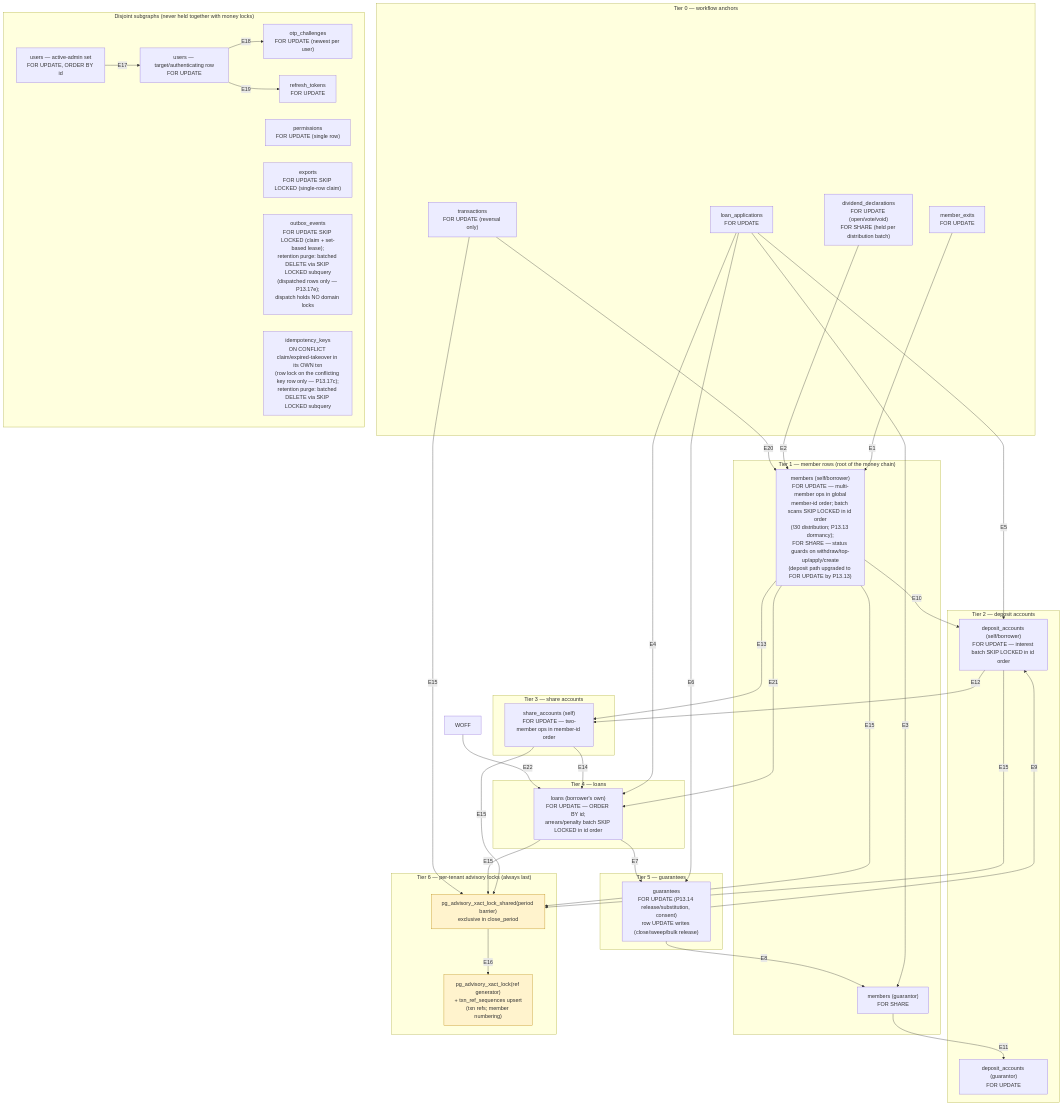
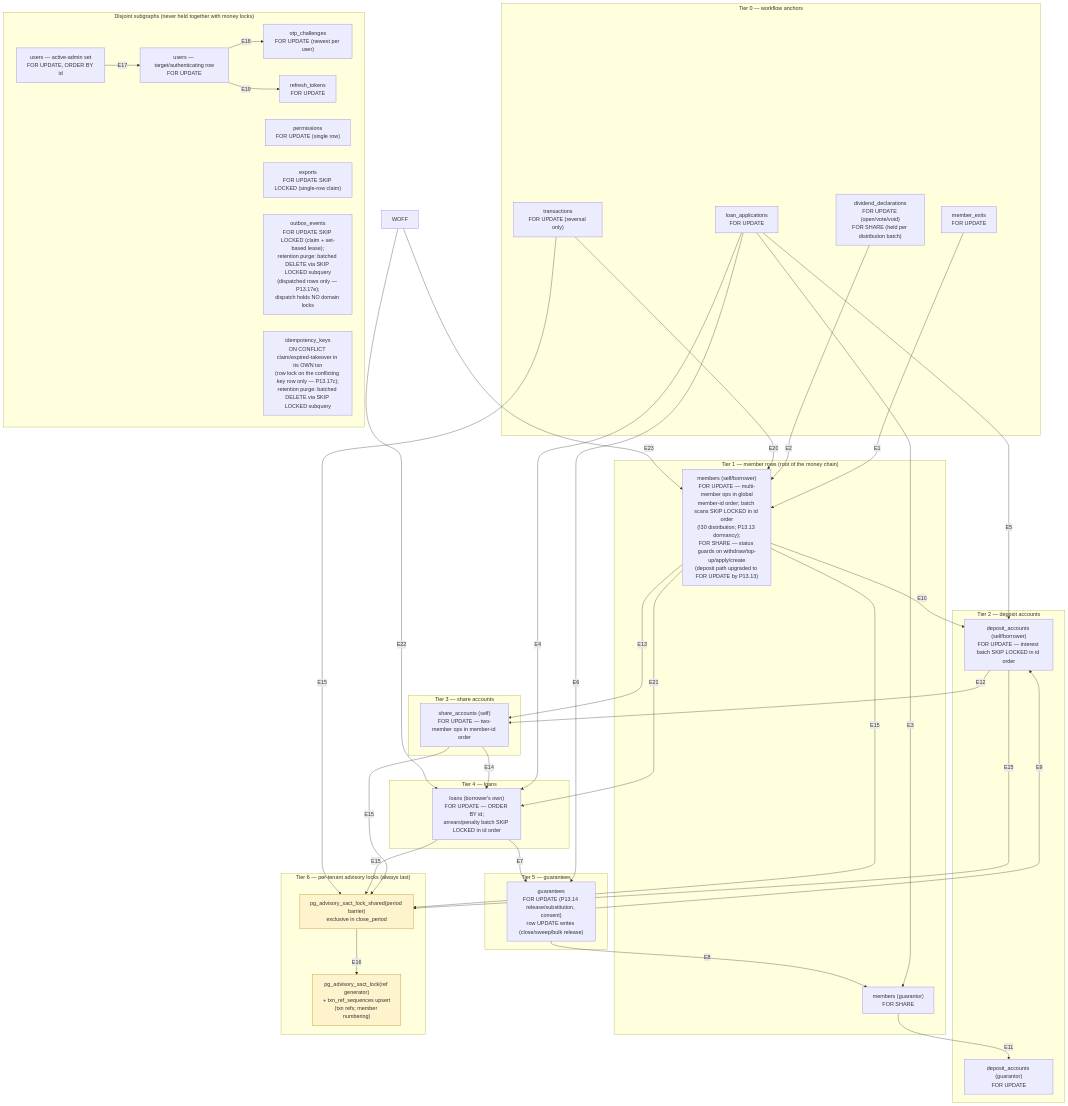
One commit to Benson-Kim/genesis-sacco changed the diagram in docs/diagrams/lock-order.md. Above: the diagram before and after it, drawn with Mermaid. The commit also changed other lines of this file and 1 other file, not shown here.

First line of the commit message:
docs: lock-order E23 (issue #21 recovery receipts) + rule-14 batch claims

```diff
--- a/docs/diagrams/lock-order.md
+++ b/docs/diagrams/lock-order.md
@@ -46,7 +46,11 @@
     %% P13.16 update (!47): RECOV single-node locker added to the
     %% disjoint subgraph; §8 totals refreshed (settles the !45 RF3
     %% re-derivation debt over !36/!37). Zero new edges.
-    %% Edge ids E1..E19 are annotated with code sites in lock-order.md §3.
+    %% Issue #21 update: E23 (loan_write_offs FOR UPDATE -> members
+    %% FOR SHARE) added for the bad-debt recovery receipt, which then
+    %% rides the existing E21/E7/E15 hops. One new edge, strictly
+    %% downward, anchor-first (the E20/E22 shape) - see section 4.
+    %% Edge ids E1..E23 are annotated with code sites in lock-order.md §3.
 
     subgraph T0["Tier 0 — workflow anchors"]
         EXIT["member_exits<br/>FOR UPDATE"]
@@ -99,6 +103,7 @@
     TXN -->|E20| MSELF
     MSELF -->|E21| LOANS
     WOFF -->|E22| LOANS
+    WOFF -->|E23| MSELF
     DSELF -->|E15| ADVP
     SSELF -->|E15| ADVP
     LOANS -->|E15| ADVP
```
